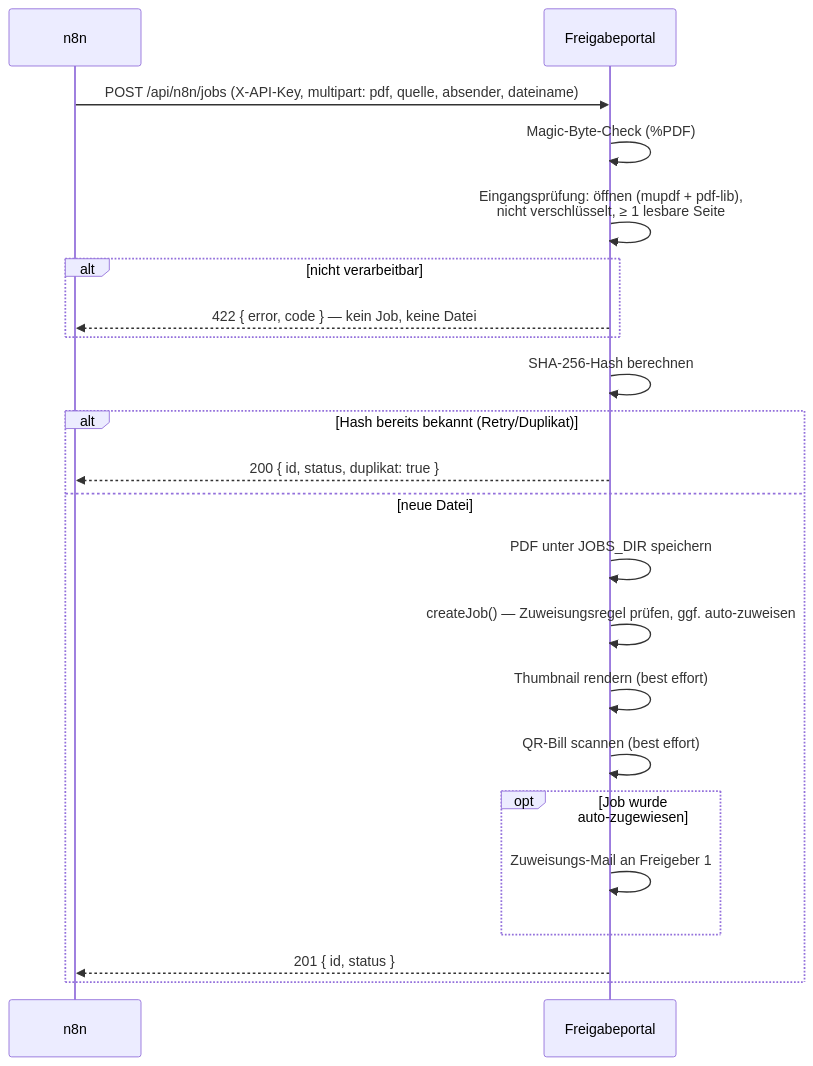
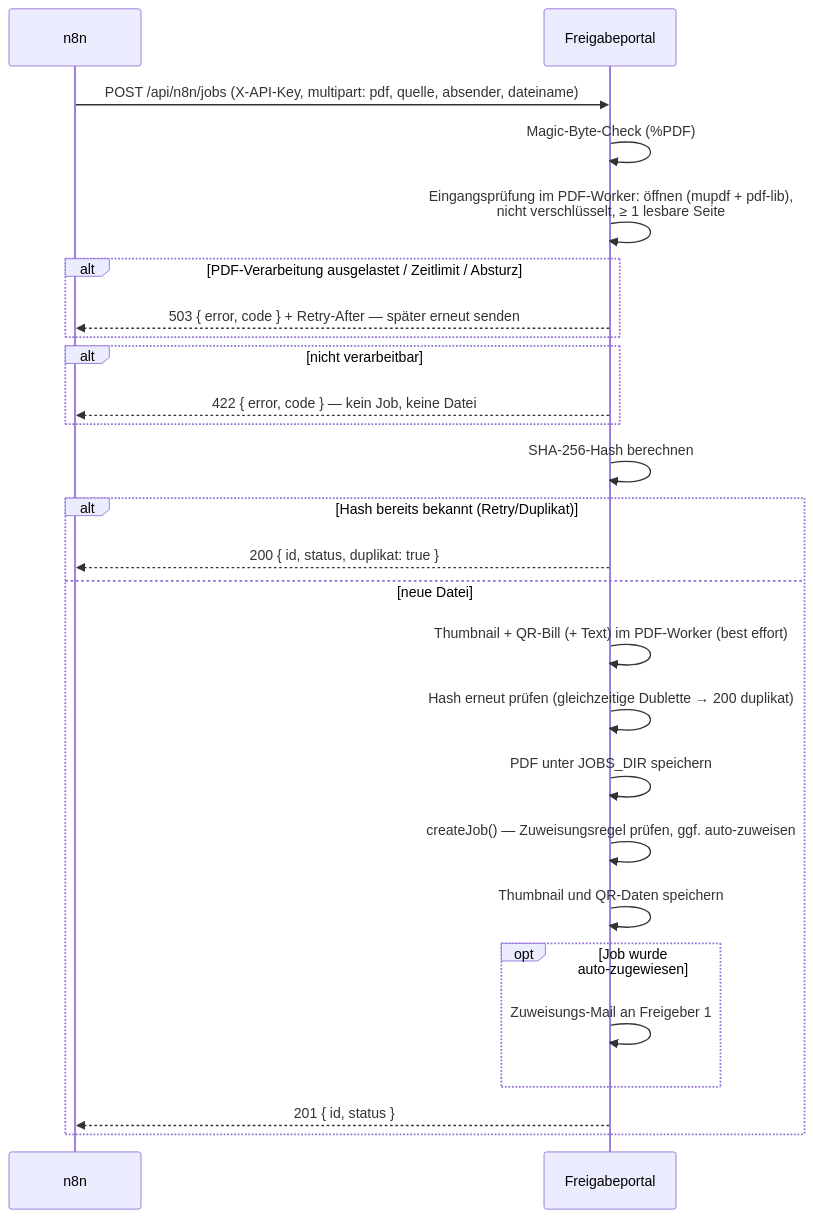
One commit to rony326/freigabeportal changed the first of 2 diagrams in docs/n8n-schnittstelle.md. Above: the diagram before and after it, drawn with Mermaid. The commit also changed other lines of this file and 6 other files, not shown here.

First line of the commit message:
docs(B2): PDF-Worker in Architektur, Betrieb, README, .env.example, n8n-Schnittstelle, Statusseite, Changelog

````diff
--- a/docs/n8n-schnittstelle.md
+++ b/docs/n8n-schnittstelle.md
@@ -16,25 +16,29 @@
 ```mermaid
 sequenceDiagram
     participant n8n
     participant P as Freigabeportal
 
     n8n->>P: POST /api/n8n/jobs (X-API-Key, multipart: pdf, quelle, absender, dateiname)
     P->>P: Magic-Byte-Check (%PDF)
-    P->>P: Eingangsprüfung: öffnen (mupdf + pdf-lib),<br/>nicht verschlüsselt, ≥ 1 lesbare Seite
+    P->>P: Eingangsprüfung im PDF-Worker: öffnen (mupdf + pdf-lib),<br/>nicht verschlüsselt, ≥ 1 lesbare Seite
+    alt PDF-Verarbeitung ausgelastet / Zeitlimit / Absturz
+        P-->>n8n: 503 { error, code } + Retry-After — später erneut senden
+    end
     alt nicht verarbeitbar
         P-->>n8n: 422 { error, code } — kein Job, keine Datei
     end
     P->>P: SHA-256-Hash berechnen
     alt Hash bereits bekannt (Retry/Duplikat)
         P-->>n8n: 200 { id, status, duplikat: true }
     else neue Datei
+        P->>P: Thumbnail + QR-Bill (+ Text) im PDF-Worker (best effort)
+        P->>P: Hash erneut prüfen (gleichzeitige Dublette → 200 duplikat)
         P->>P: PDF unter JOBS_DIR speichern
         P->>P: createJob() — Zuweisungsregel prüfen, ggf. auto-zuweisen
-        P->>P: Thumbnail rendern (best effort)
-        P->>P: QR-Bill scannen (best effort)
+        P->>P: Thumbnail und QR-Daten speichern
         opt Job wurde auto-zugewiesen
             P->>P: Zuweisungs-Mail an Freigeber 1
         end
         P-->>n8n: 201 { id, status }
     end
 ```
````
